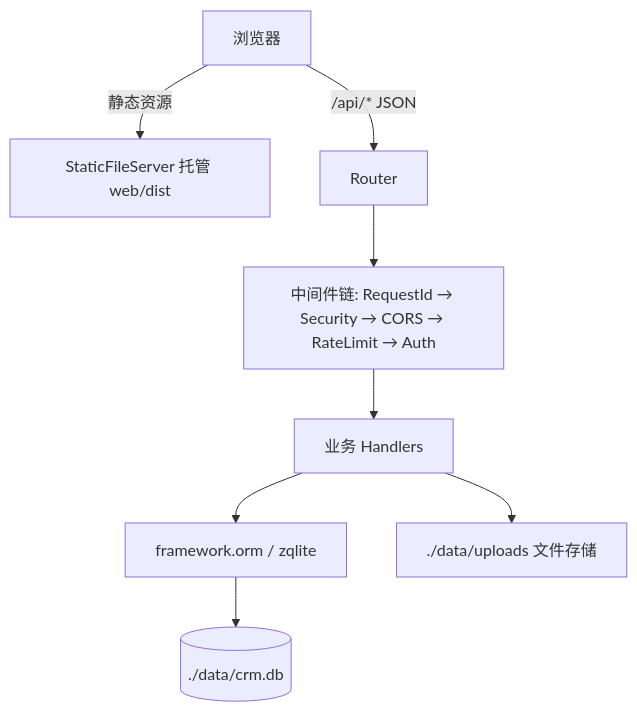
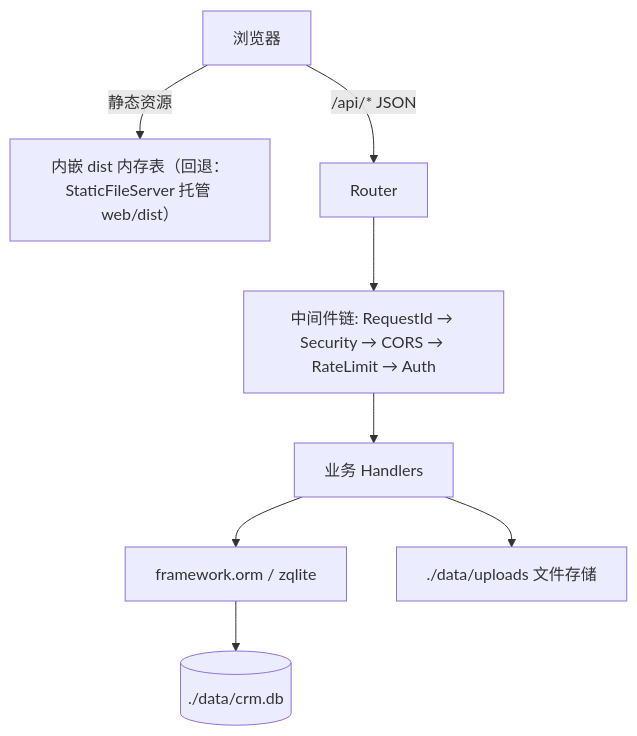
The diagram in plan.md (by965738071/crm), drawn with Mermaid before and after one commit. The commit also changed other lines of this file and 172 other files, not shown here.

````diff
--- a/plan.md
+++ b/plan.md
@@ -61,10 +64,10 @@
 ```mermaid
 graph TD
-    B[浏览器] -->|静态资源| S[StaticFileServer 托管 web/dist]
+    B[浏览器] -->|静态资源| S[内嵌 dist 内存表（回退：StaticFileServer 托管 web/dist）]
     B -->|/api/* JSON| R[Router]
     R --> MW[中间件链: RequestId → Security → CORS → RateLimit → Auth]
     MW --> H[业务 Handlers]
     H --> ORM[framework.orm / zqlite]
     ORM --> DB[(./data/crm.db)]
     H --> FS[./data/uploads 文件存储]
 ```
````
